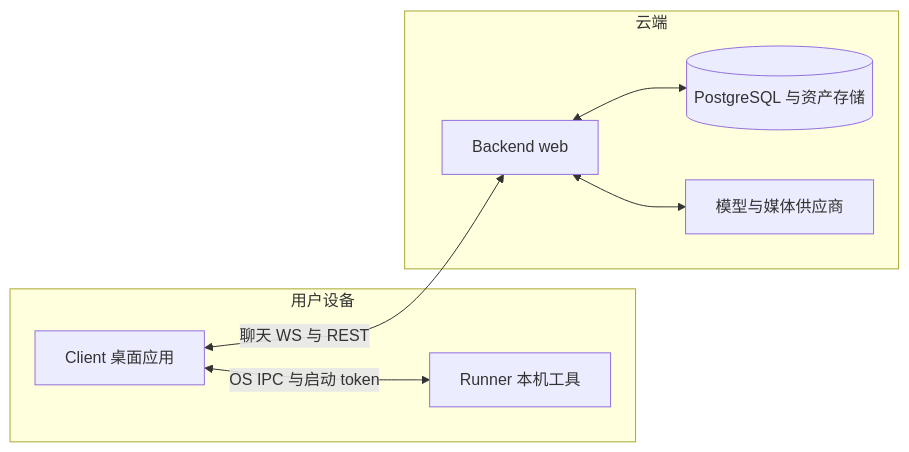
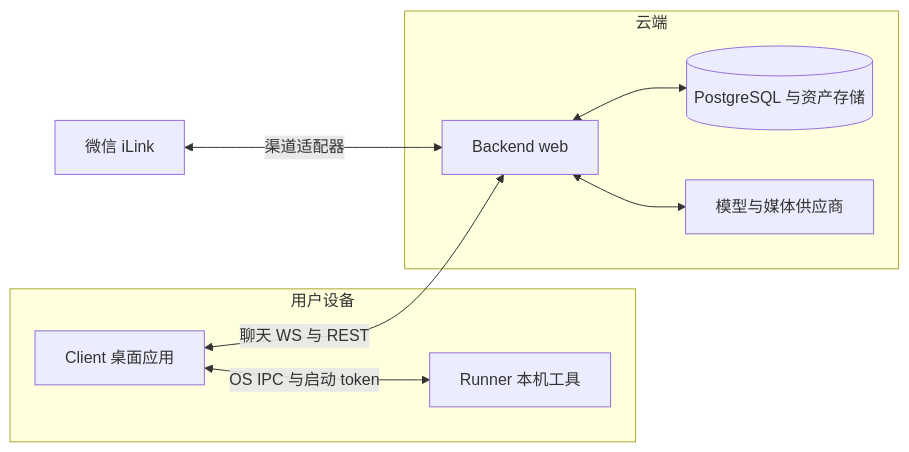
Before and after one commit to yangjinming1062/SpiritAgent: the diagram in docs/ARCHITECTURE.md, drawn with Mermaid. The commit also changed other lines of this file and 24 other files, not shown here.

````diff
--- a/docs/ARCHITECTURE.md
+++ b/docs/ARCHITECTURE.md
@@ -7,16 +7,17 @@
 ```mermaid
 flowchart LR
     subgraph Desktop[用户设备]
         Client[Client 桌面应用]
         Runner[Runner 本机工具]
         Client <-->|OS IPC 与启动 token| Runner
     end
     subgraph Cloud[云端]
         Backend[Backend web]
         DB[(PostgreSQL 与资产存储)]
         Provider[模型与媒体供应商]
         Backend <--> DB
         Backend <--> Provider
     end
     Client <-->|聊天 WS 与 REST| Backend
+    IM[微信 iLink] <-->|渠道适配器| Backend
 ```
````
